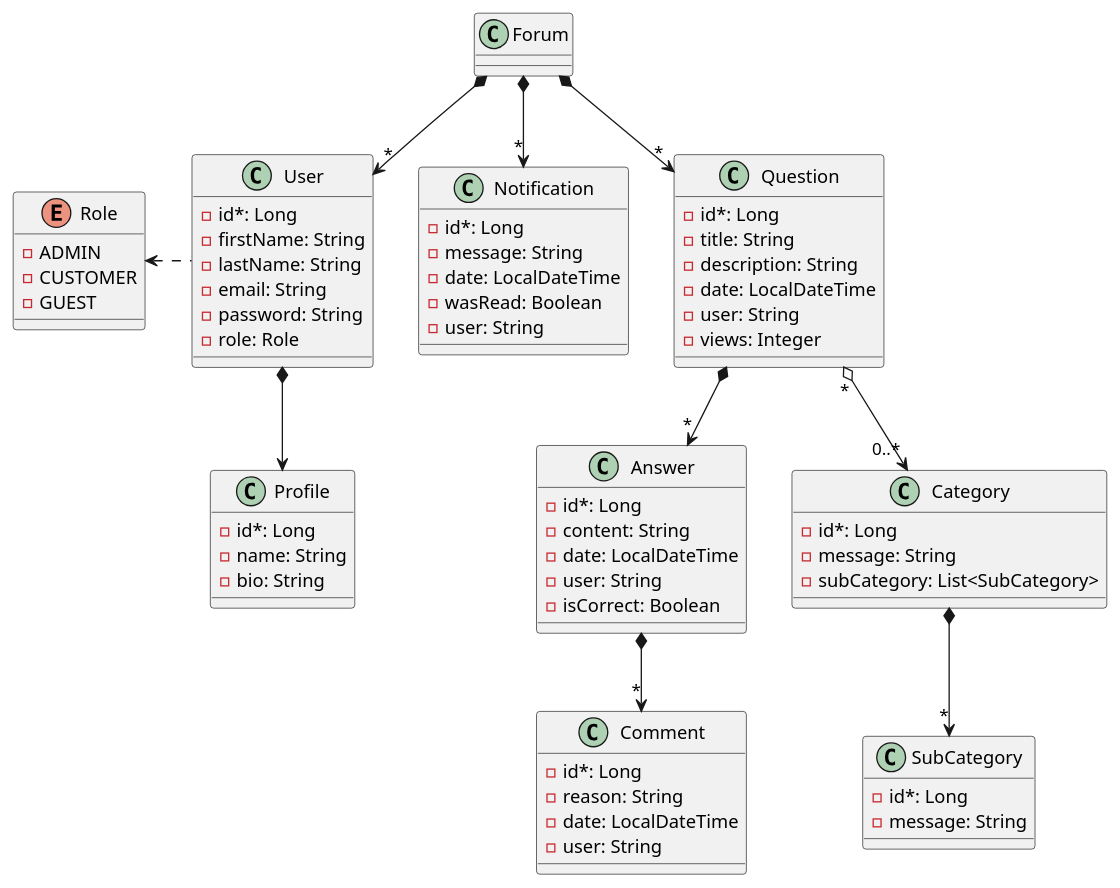
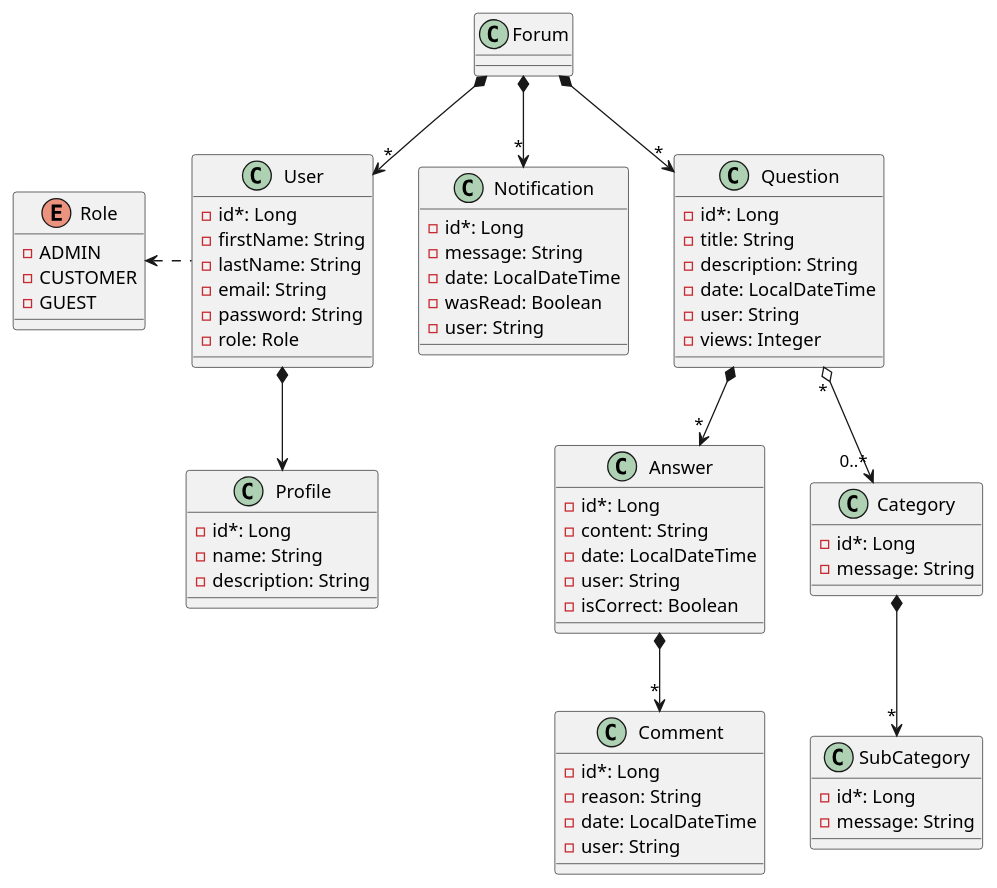
The diagram in src/main/resources/templates/modeloDominio.plantuml (rafaelacirino/miw-backend-foro), drawn with PlantUML before and after one commit.

Commit message:
editing modelo de dominio

```diff
--- a/src/main/resources/templates/modeloDominio.plantuml
+++ b/src/main/resources/templates/modeloDominio.plantuml
@@ -1,78 +1,77 @@
 @startuml
 
 Forum *-down-> "*" User
 Forum *-down-> "*" Notification
 Forum *-down-> "*" Question
 User *-down-> Profile
 User .-left-> Role
 Question *-down-> "*" Answer
 Question "*" o-down-> "0..*" Category
 Category *-down-> "*" SubCategory
 Answer *-down-> "*" Comment
 
 
 class User {
 - id*: Long
 - firstName: String
 - lastName: String
 - email: String
 - password: String
 - role: Role
 }
 
 enum Role {
 - ADMIN
 - CUSTOMER
 - GUEST
 }
 
 class Profile {
 - id*: Long
 - name: String
-- bio: String
+- description: String
 }
 
 class Question {
 - id*: Long
 - title: String
 - description: String
 - date: LocalDateTime
 - user: String
 - views: Integer
 }
 
 class Answer {
 - id*: Long
 - content: String
 - date: LocalDateTime
 - user: String
 - isCorrect: Boolean
 }
 
 class Comment {
 - id*: Long
 - reason: String
 - date: LocalDateTime
 - user: String
 }
 
 class Category {
 - id*: Long
 - message: String
-- subCategory: List<SubCategory>
 }
 
 class SubCategory {
 - id*: Long
 - message: String
 }
 
 class Notification {
 - id*: Long
 - message: String
 - date: LocalDateTime
 - wasRead: Boolean
 - user: String
 }
 
 @enduml
```
